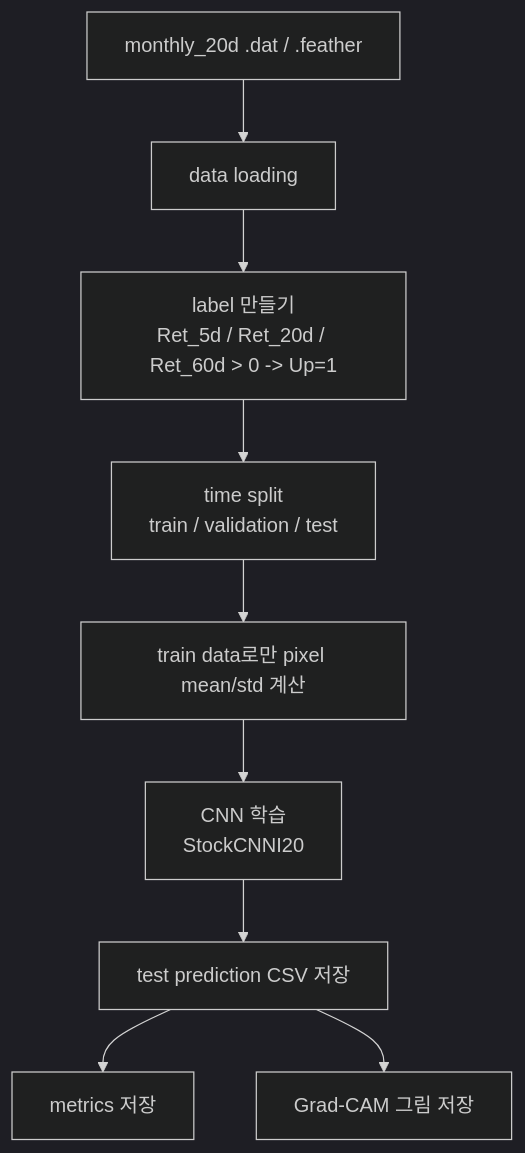
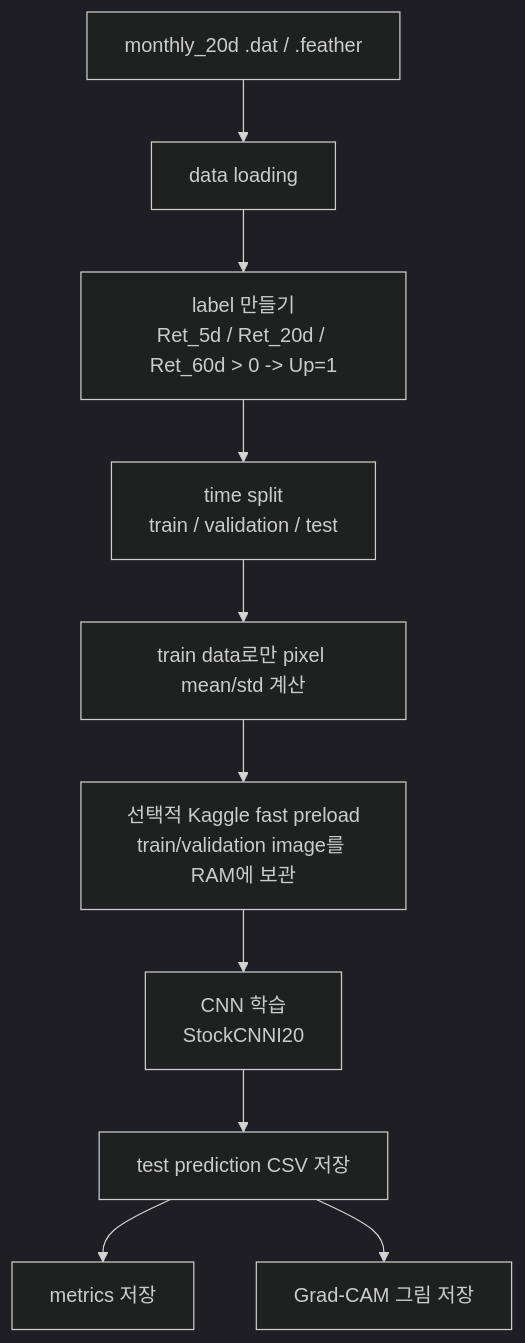
One commit to Jaehyeon-Jeong/Thesis changed the second of 2 diagrams in stage1_reimage_reproduction/docs/stage1_execution_map.md. Above: the diagram before and after it, drawn with Mermaid (dark theme). The commit also changed other lines of this file and 12 other files, not shown here.

````diff
--- a/stage1_reimage_reproduction/docs/stage1_execution_map.md
+++ b/stage1_reimage_reproduction/docs/stage1_execution_map.md
@@ -86,11 +88,12 @@
 ```mermaid
 flowchart TD
     A["monthly_20d .dat / .feather"] --> B["data loading"]
     B --> C["label 만들기<br/>Ret_5d / Ret_20d / Ret_60d > 0 -> Up=1"]
     C --> D["time split<br/>train / validation / test"]
     D --> E["train data로만 pixel mean/std 계산"]
-    E --> F["CNN 학습<br/>StockCNNI20"]
+    E --> F0["선택적 Kaggle fast preload<br/>train/validation image를 RAM에 보관"]
+    F0 --> F["CNN 학습<br/>StockCNNI20"]
     F --> G["test prediction CSV 저장"]
     G --> H["metrics 저장"]
     G --> I["Grad-CAM 그림 저장"]
 ```
````
